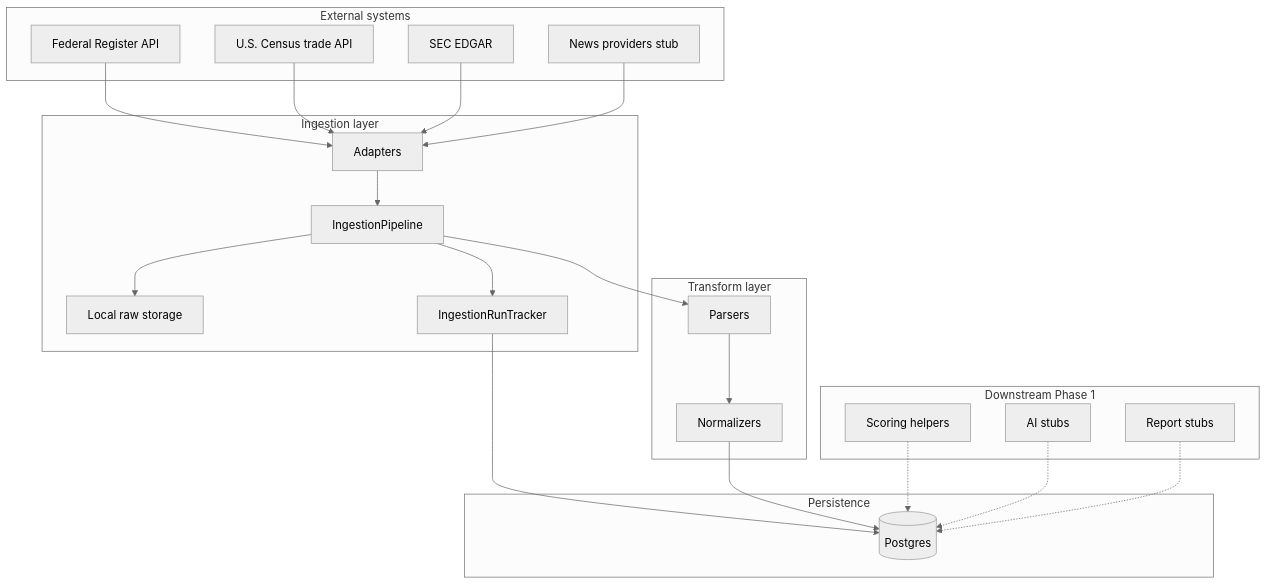
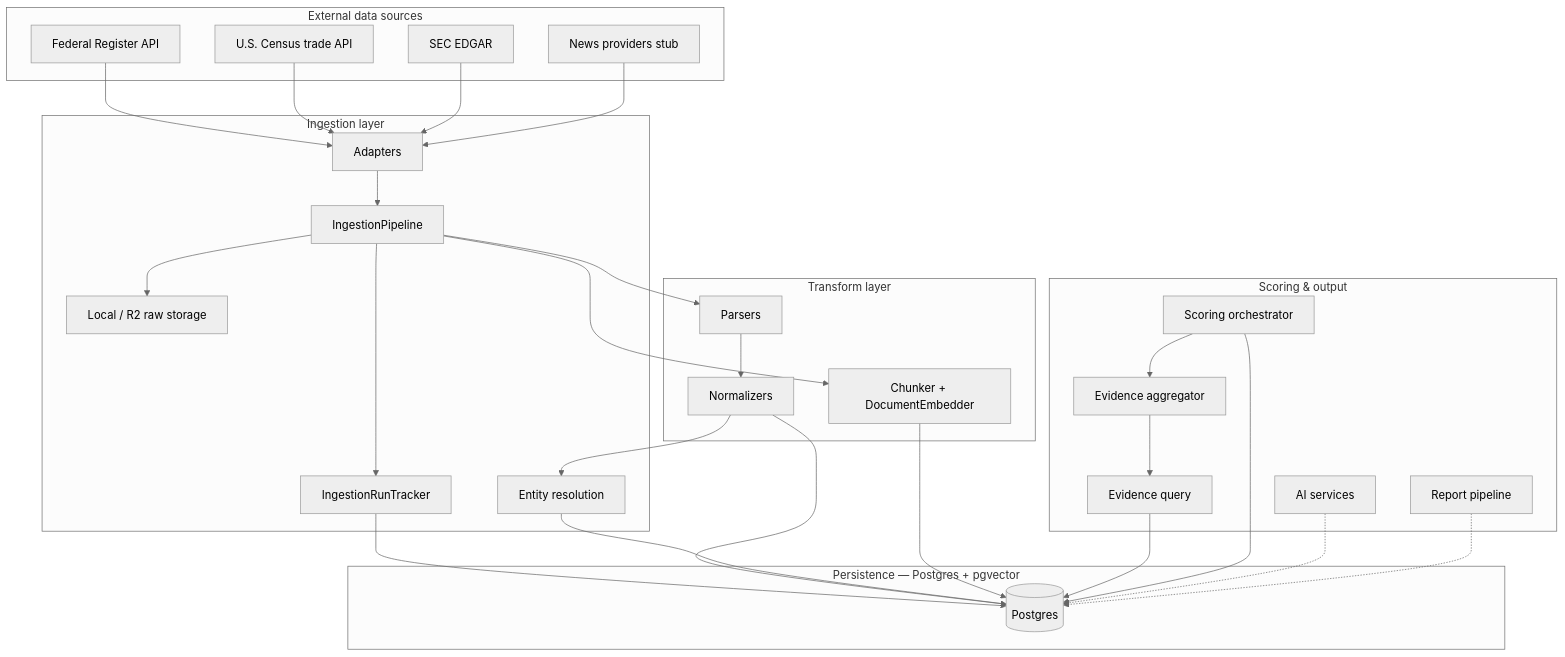
Before and after one commit to Mineral-Risk-Analytics/data-ingestion-reporting: the diagram in docs/overview.md, drawn with Mermaid (neutral theme). The commit also changed other lines of this file and 21 other files, not shown here.

````diff
--- a/docs/overview.md
+++ b/docs/overview.md
@@ -7,46 +9,57 @@
 ```mermaid
 flowchart TB
-  subgraph external [External systems]
+  subgraph external [External data sources]
     FR[Federal Register API]
     CT[U.S. Census trade API]
     SEC[SEC EDGAR]
     NW[News providers stub]
   end
 
   subgraph ingest [Ingestion layer]
     AD[Adapters]
     PL[IngestionPipeline]
-    ST[Local raw storage]
+    ST[Local / R2 raw storage]
     RK[IngestionRunTracker]
+    ER[Entity resolution]
   end
 
   subgraph transform [Transform layer]
     PR[Parsers]
     NO[Normalizers]
+    CH[Chunker + DocumentEmbedder]
   end
 
-  subgraph persist [Persistence]
+  subgraph persist [Persistence — Postgres + pgvector]
     PG[(Postgres)]
   end
 
-  subgraph value [Downstream Phase 1]
-    SC[Scoring helpers]
-    AI[AI stubs]
-    RP[Report stubs]
+  subgraph value [Scoring & output]
+    EQ[Evidence query]
+    EA[Evidence aggregator]
+    OR[Scoring orchestrator]
+    AI[AI services]
+    RP[Report pipeline]
   end
 
   FR --> AD
   CT --> AD
   SEC --> AD
   NW --> AD
   AD --> PL
   PL --> ST
   PL --> RK
   RK --> PG
   PL --> PR
   PR --> NO
   NO --> PG
-  SC -.-> PG
+  NO --> ER
+  ER --> PG
+  PL --> CH
+  CH --> PG
+  EQ --> PG
+  EA --> EQ
+  OR --> EA
+  OR --> PG
   AI -.-> PG
   RP -.-> PG
 ```
````
